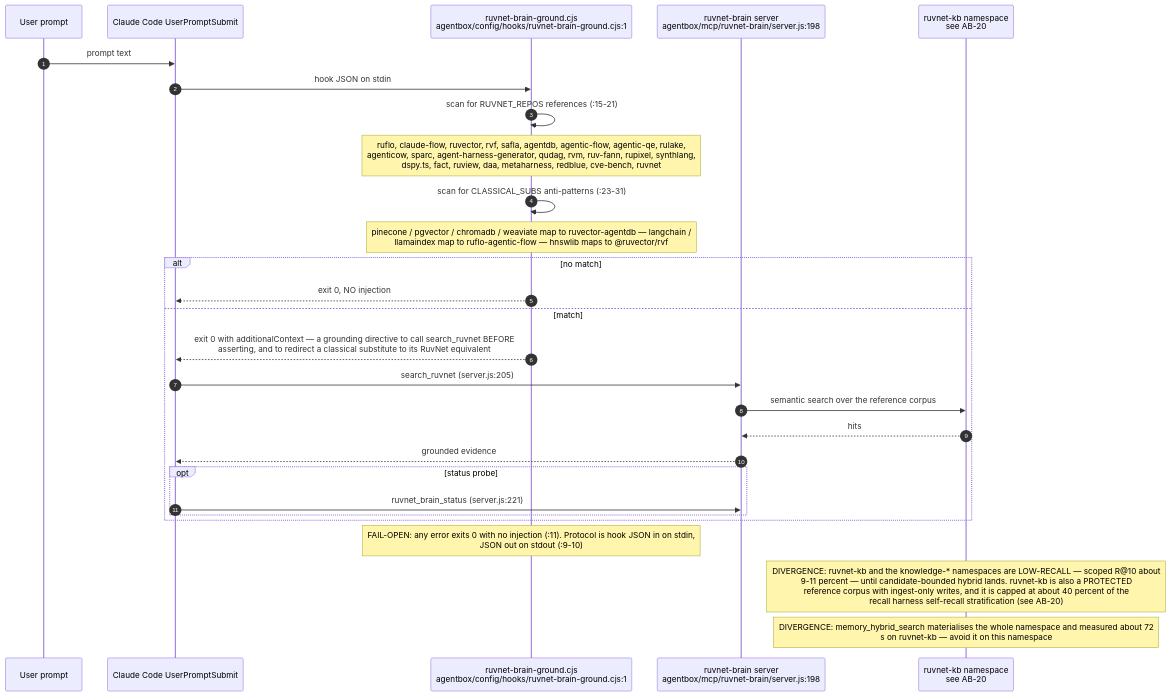
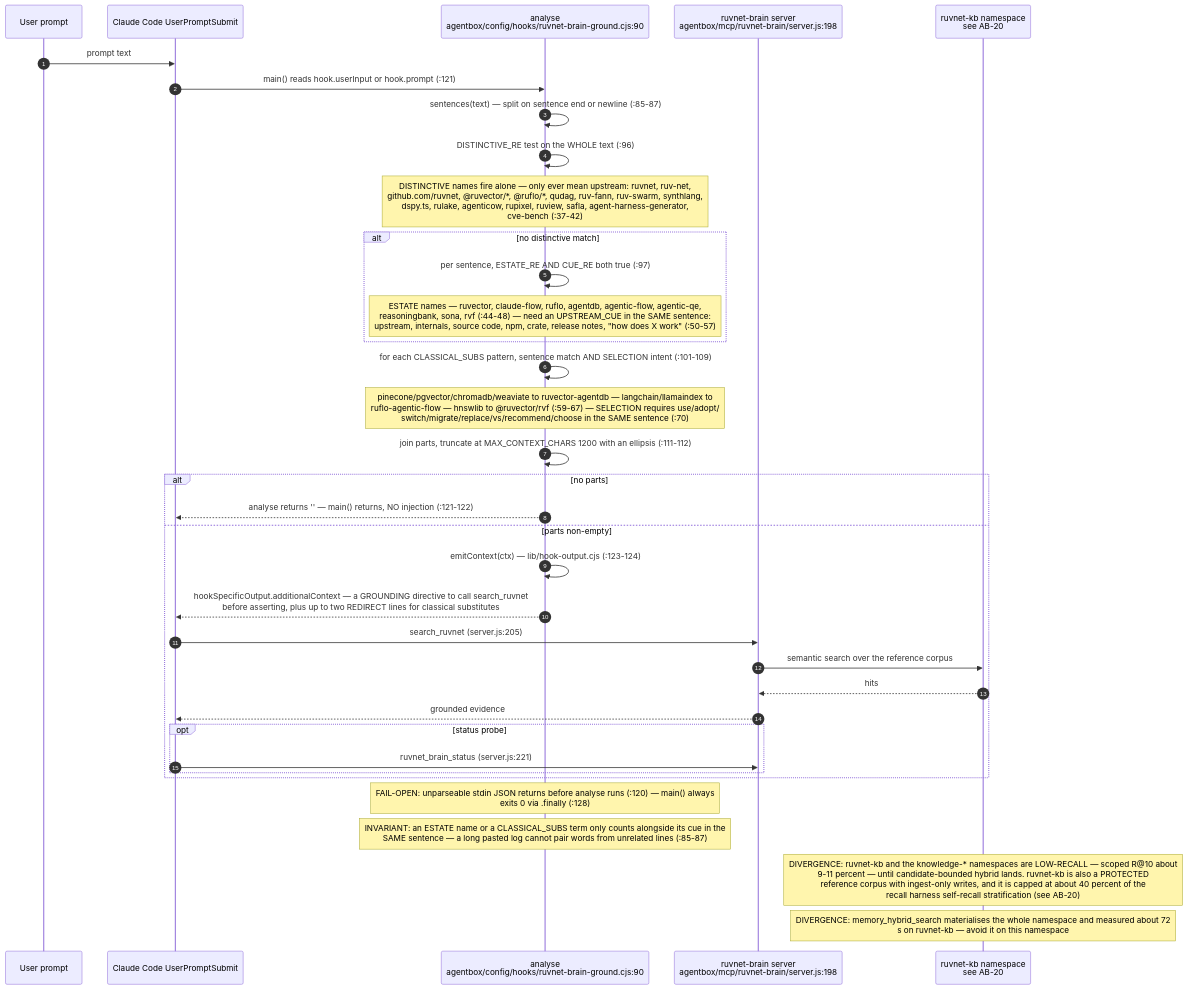
Before and after one commit to DreamLab-AI/VisionFlow: the eighth of 9 diagrams in docs/diagrams/agentbox/26-headroom-beads-spawn-brain.md, drawn with Mermaid. The commit also changed other lines of this file and 136 other files, not shown here.

First line of the commit message:
docs(diagrams): refresh the whole corpus to code HEAD and prune low-value diagrams

````diff
--- a/docs/diagrams/agentbox/26-headroom-beads-spawn-brain.md
+++ b/docs/diagrams/agentbox/26-headroom-beads-spawn-brain.md
@@ -321,31 +321,39 @@
 ```mermaid
 sequenceDiagram
     autonumber
     participant U as User prompt
     participant CC as Claude Code UserPromptSubmit
-    participant HK as ruvnet-brain-ground.cjs<br/>agentbox/config/hooks/ruvnet-brain-ground.cjs:1
+    participant HK as analyse<br/>agentbox/config/hooks/ruvnet-brain-ground.cjs:90
     participant MCP as ruvnet-brain server<br/>agentbox/mcp/ruvnet-brain/server.js:198
     participant KB as ruvnet-kb namespace<br/>see AB-20
 
     U->>CC: prompt text
-    CC->>HK: hook JSON on stdin
-    HK->>HK: scan for RUVNET_REPOS references (:15-21)
-    Note over HK: ruflo, claude-flow, ruvector, rvf, safla, agentdb, agentic-flow, agentic-qe, rulake,<br/>agenticow, sparc, agent-harness-generator, qudag, rvm, ruv-fann, rupixel, synthlang,<br/>dspy.ts, fact, ruview, daa, metaharness, redblue, cve-bench, ruvnet
-    HK->>HK: scan for CLASSICAL_SUBS anti-patterns (:23-31)
-    Note over HK: pinecone / pgvector / chromadb / weaviate map to ruvector-agentdb — langchain /<br/>llamaindex map to ruflo-agentic-flow — hnswlib maps to @ruvector/rvf
-    alt no match
-        HK-->>CC: exit 0, NO injection
-    else match
-        HK-->>CC: exit 0 with additionalContext — a grounding directive to call search_ruvnet BEFORE<br/>asserting, and to redirect a classical substitute to its RuvNet equivalent
+    CC->>HK: main() reads hook.userInput or hook.prompt (:121)
+    HK->>HK: sentences(text) — split on sentence end or newline (:85-87)
+    HK->>HK: DISTINCTIVE_RE test on the WHOLE text (:96)
+    Note over HK: DISTINCTIVE names fire alone — only ever mean upstream: ruvnet, ruv-net,<br/>github.com/ruvnet, @ruvector/*, @ruflo/*, qudag, ruv-fann, ruv-swarm, synthlang,<br/>dspy.ts, rulake, agenticow, rupixel, ruview, safla, agent-harness-generator,<br/>cve-bench (:37-42)
+    alt no distinctive match
+        HK->>HK: per sentence, ESTATE_RE AND CUE_RE both true (:97)
+        Note over HK: ESTATE names — ruvector, claude-flow, ruflo, agentdb, agentic-flow, agentic-qe,<br/>reasoningbank, sona, rvf (:44-48) — need an UPSTREAM_CUE in the SAME sentence:<br/>upstream, internals, source code, npm, crate, release notes, "how does X work" (:50-57)
+    end
+    HK->>HK: for each CLASSICAL_SUBS pattern, sentence match AND SELECTION intent (:101-109)
+    Note over HK: pinecone/pgvector/chromadb/weaviate to ruvector-agentdb — langchain/llamaindex to<br/>ruflo-agentic-flow — hnswlib to @ruvector/rvf (:59-67) — SELECTION requires use/adopt/<br/>switch/migrate/replace/vs/recommend/choose in the SAME sentence (:70)
+    HK->>HK: join parts, truncate at MAX_CONTEXT_CHARS 1200 with an ellipsis (:111-112)
+    alt no parts
+        HK-->>CC: analyse returns '' — main() returns, NO injection (:121-122)
+    else parts non-empty
+        HK->>HK: emitContext(ctx) — lib/hook-output.cjs (:123-124)
+        HK-->>CC: hookSpecificOutput.additionalContext — a GROUNDING directive to call search_ruvnet<br/>before asserting, plus up to two REDIRECT lines for classical substitutes
         CC->>MCP: search_ruvnet (server.js:205)
         MCP->>KB: semantic search over the reference corpus
         KB-->>MCP: hits
         MCP-->>CC: grounded evidence
         opt status probe
             CC->>MCP: ruvnet_brain_status (server.js:221)
         end
     end
-    Note over HK: FAIL-OPEN: any error exits 0 with no injection (:11). Protocol is hook JSON in on stdin,<br/>JSON out on stdout (:9-10)
+    Note over HK: FAIL-OPEN: unparseable stdin JSON returns before analyse runs (:120) — main() always<br/>exits 0 via .finally (:128)
+    Note over HK: INVARIANT: an ESTATE name or a CLASSICAL_SUBS term only counts alongside its cue in the<br/>SAME sentence — a long pasted log cannot pair words from unrelated lines (:85-87)
     Note over KB: DIVERGENCE: ruvnet-kb and the knowledge-* namespaces are LOW-RECALL — scoped R@10 about<br/>9-11 percent — until candidate-bounded hybrid lands. ruvnet-kb is also a PROTECTED<br/>reference corpus with ingest-only writes, and it is capped at about 40 percent of the<br/>recall harness self-recall stratification (see AB-20)
     Note over KB: DIVERGENCE: memory_hybrid_search materialises the whole namespace and measured about 72<br/>s on ruvnet-kb — avoid it on this namespace
 ```
````
